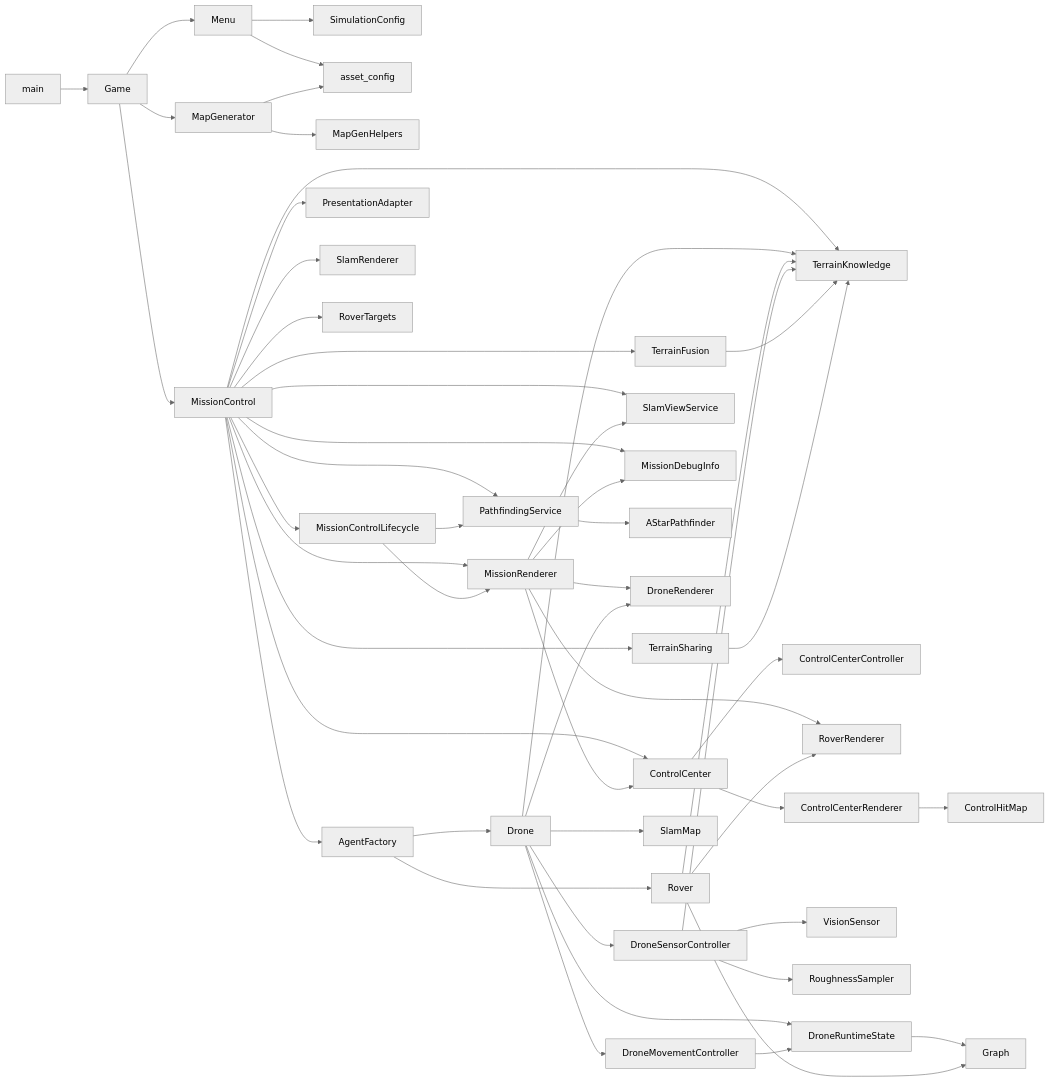
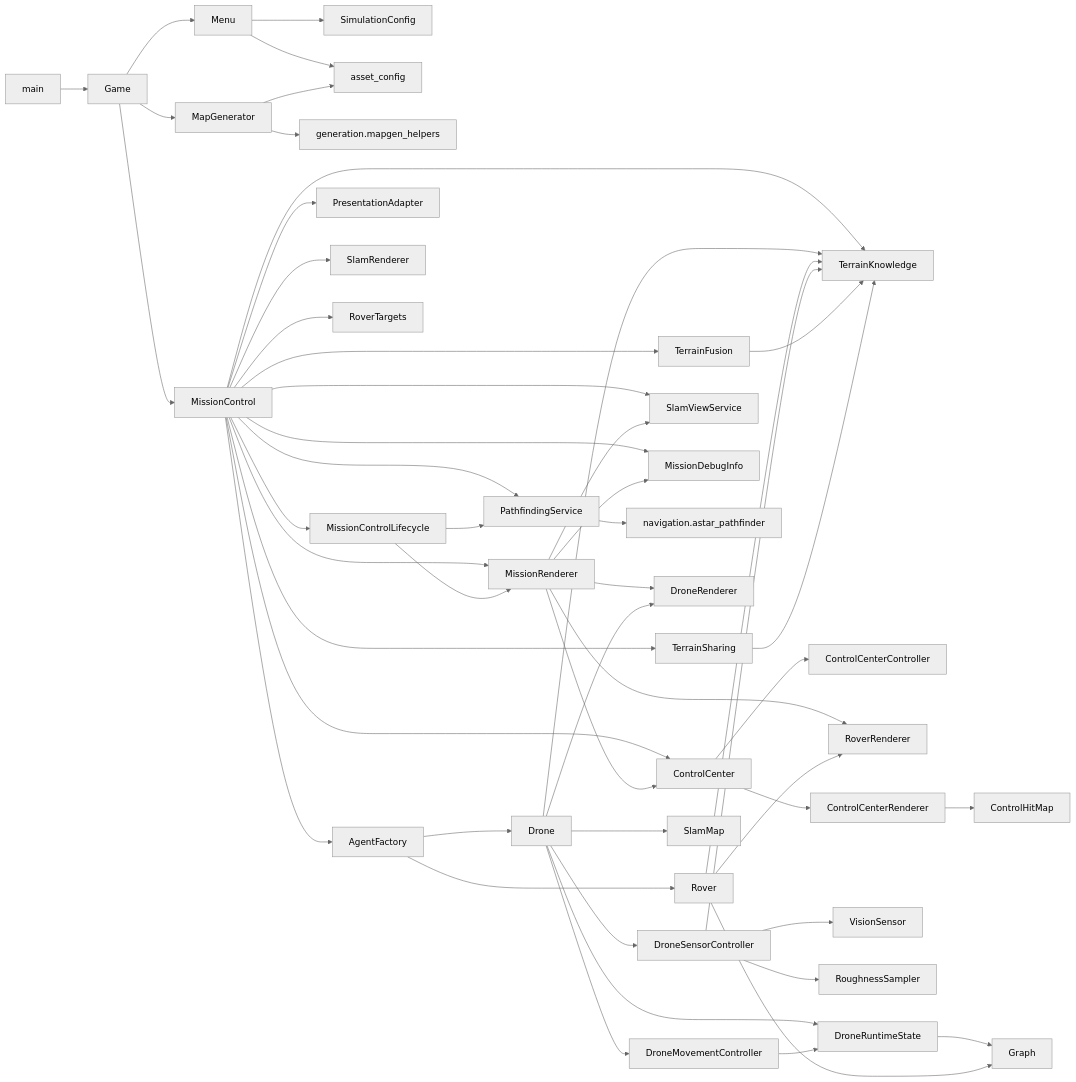
One commit to Gmark117/Cave_Game changed diagram 14 of 14 in CODEFLOW.md. Above: the diagram before and after it, drawn with Mermaid (neutral theme). The commit also changed other lines of this file and 117 other files, not shown here.

````diff
--- a/CODEFLOW.md
+++ b/CODEFLOW.md
@@ -878,53 +878,53 @@
 ```mermaid
 flowchart LR
     main --> Game
     Game --> Menu
     Game --> MapGenerator
     Game --> MissionControl
     Menu --> SimulationConfig
     Menu --> asset_config
-    MapGenerator --> MapGenHelpers
+    MapGenerator --> GenerationHelpers["generation.mapgen_helpers"]
     MapGenerator --> asset_config
     MissionControl --> AgentFactory
     MissionControl --> PathfindingService
     MissionControl --> ControlCenter
     MissionControl --> PresentationAdapter
     MissionControl --> SlamRenderer
     MissionControl --> MissionRenderer
     MissionControl --> TerrainKnowledge
     MissionControl --> TerrainFusion
     MissionControl --> TerrainSharing
     MissionControl --> RoverTargets
     MissionControl --> SlamViewService
     MissionControl --> MissionDebugInfo
     MissionControl --> MissionControlLifecycle
     MissionControlLifecycle --> PathfindingService
-    PathfindingService --> AStarPathfinder
+    PathfindingService --> AStarModule["navigation.astar_pathfinder"]
     MissionControlLifecycle --> MissionRenderer
     MissionRenderer --> SlamViewService
     MissionRenderer --> MissionDebugInfo
     MissionRenderer --> ControlCenter
     ControlCenter --> ControlCenterController
     MissionRenderer --> DroneRenderer
     MissionRenderer --> RoverRenderer
     AgentFactory --> Drone
     AgentFactory --> Rover
     Drone --> TerrainKnowledge
     Rover --> TerrainKnowledge
     Drone --> DroneRuntimeState
     DroneRuntimeState --> Graph
     Drone --> DroneMovementController
     Drone --> DroneSensorController
     Drone --> DroneRenderer
     Drone --> SlamMap
     DroneSensorController --> VisionSensor
     DroneSensorController --> RoughnessSampler
     DroneSensorController --> TerrainKnowledge
     TerrainFusion --> TerrainKnowledge
     TerrainSharing --> TerrainKnowledge
     DroneMovementController --> DroneRuntimeState
     Rover --> Graph
     Rover --> RoverRenderer
     ControlCenter --> ControlCenterRenderer
     ControlCenterRenderer --> ControlHitMap
 ```
````
